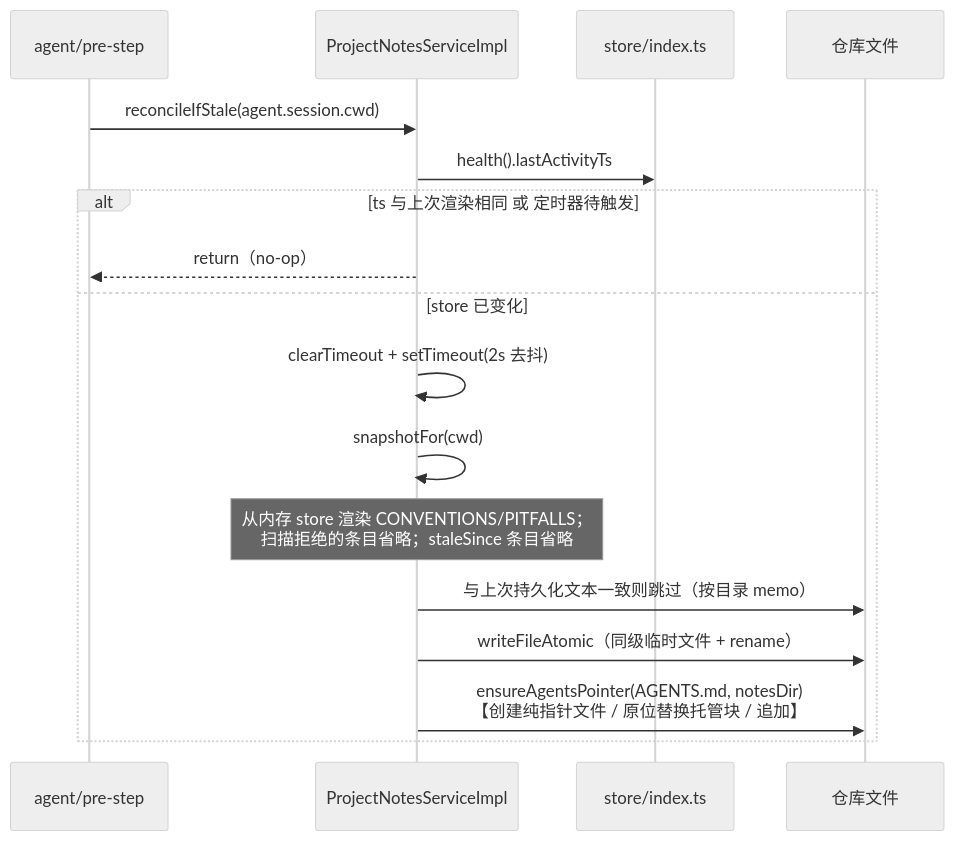
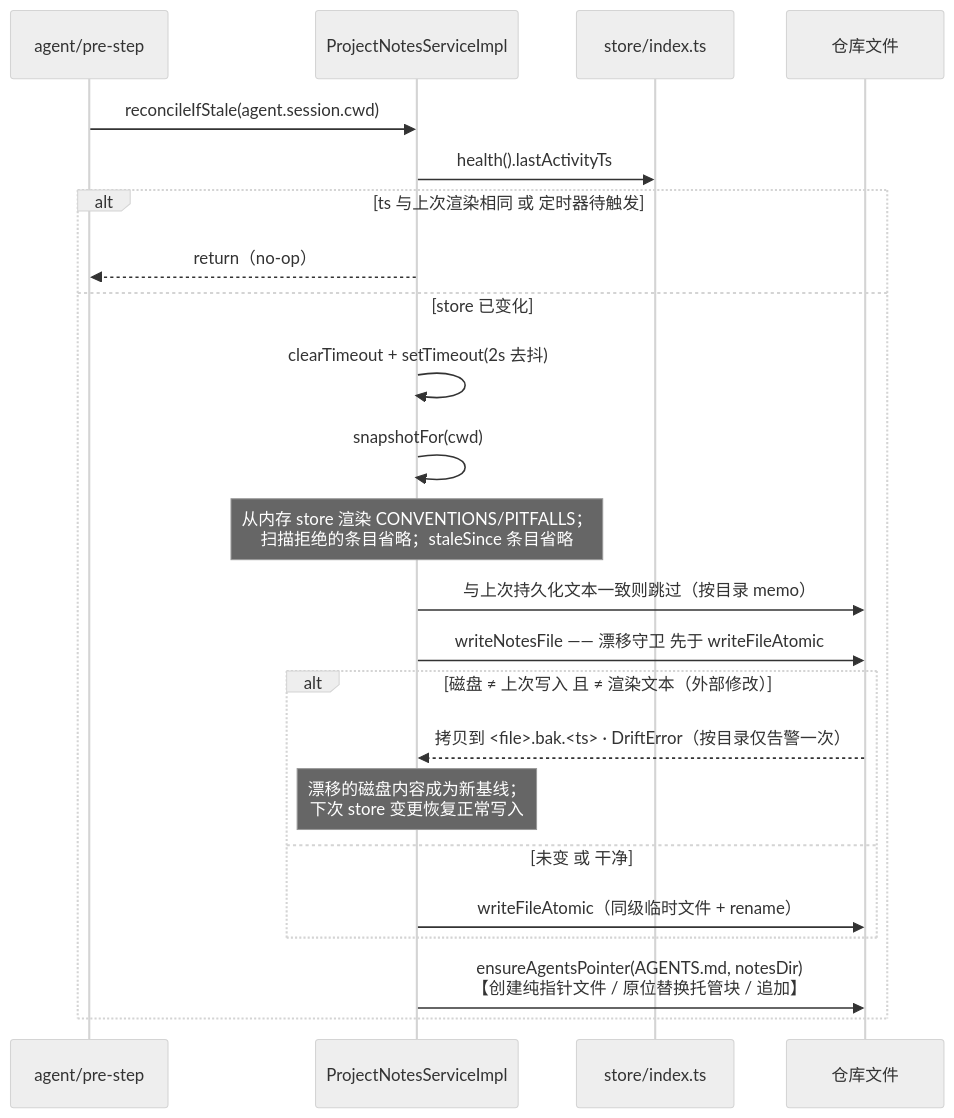
One commit to chenhw7/dsh-memory changed the tenth of 14 diagrams in docs/SEQUENCE_DIAGRAMS.zh-CN.md. Above: the diagram before and after it, drawn with Mermaid (neutral theme). The commit also changed other lines of this file and 2 other files, not shown here.

First line of the commit message:
docs: sync zh-CN mirrors (README / TECH_DESIGN / SEQUENCE_DIAGRAMS) with the v0.5.0 implementation

````diff
--- a/docs/SEQUENCE_DIAGRAMS.zh-CN.md
+++ b/docs/SEQUENCE_DIAGRAMS.zh-CN.md
@@ -465,20 +485,26 @@
 ```mermaid
 sequenceDiagram
     participant Step as agent/pre-step
     participant NotesSvc as ProjectNotesServiceImpl
     participant Store as store/index.ts
     participant FS as 仓库文件
 
     Step->>NotesSvc: reconcileIfStale(agent.session.cwd)
     NotesSvc->>Store: health().lastActivityTs
     alt ts 与上次渲染相同 或 定时器待触发
         NotesSvc-->>Step: return（no-op）
     else store 已变化
         NotesSvc->>NotesSvc: clearTimeout + setTimeout(2s 去抖)
         NotesSvc->>NotesSvc: snapshotFor(cwd)
         Note over NotesSvc: 从内存 store 渲染 CONVENTIONS/PITFALLS；<br/>扫描拒绝的条目省略；staleSince 条目省略
         NotesSvc->>FS: 与上次持久化文本一致则跳过（按目录 memo）
-        NotesSvc->>FS: writeFileAtomic（同级临时文件 + rename）
+        NotesSvc->>FS: writeNotesFile —— 漂移守卫 先于 writeFileAtomic
+        alt 磁盘 ≠ 上次写入 且 ≠ 渲染文本（外部修改）
+            FS-->>NotesSvc: 拷贝到 <file>.bak.<ts> · DriftError（按目录仅告警一次）
+            Note over NotesSvc: 漂移的磁盘内容成为新基线；<br/>下次 store 变更恢复正常写入
+        else 未变 或 干净
+            NotesSvc->>FS: writeFileAtomic（同级临时文件 + rename）
+        end
         NotesSvc->>FS: ensureAgentsPointer(AGENTS.md, notesDir)<br/>【创建纯指针文件 / 原位替换托管块 / 追加】
     end
 ```
````
